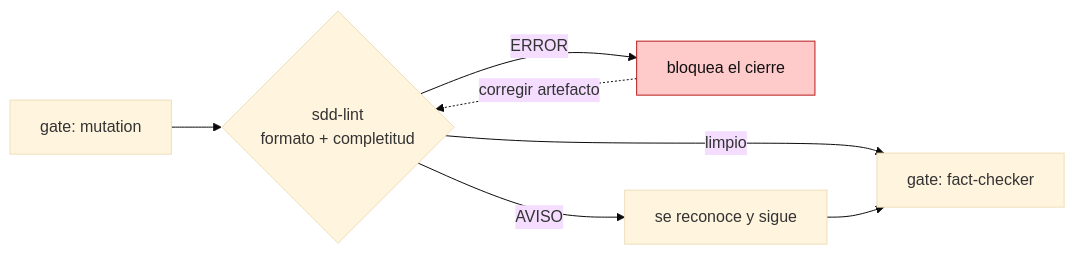
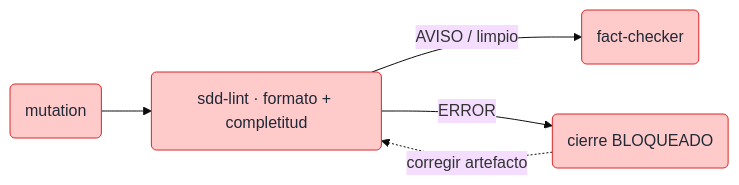
The second of 2 diagrams in website/features/sdd.md (drossan/claude-plugins), drawn with Mermaid (base theme) before and after one commit. The commit also changed other lines of this file and 6 other files, not shown here.

````diff
--- a/website/features/sdd.md
+++ b/website/features/sdd.md
@@ -49,12 +82,10 @@
 ```mermaid
 flowchart LR
-    M["gate: mutation"] --> SL{"sdd-lint<br/>formato + completitud"}
-    SL -->|"ERROR"| BLOCK["bloquea el cierre"]
-    SL -->|"AVISO"| ACK["se reconoce y sigue"]
-    SL -->|"limpio"| FC["gate: fact-checker"]
-    ACK --> FC
-    BLOCK -.->|"corregir artefacto"| SL
+    M("mutation"):::gate --> SL("sdd-lint · formato + completitud"):::gate
+    SL -->|"AVISO / limpio"| FC("fact-checker"):::gate
+    SL -->|"ERROR"| BLK("cierre BLOQUEADO"):::gate
+    BLK -.->|"corregir artefacto"| SL
 
-    classDef stop fill:#fecaca,stroke:#b91c1c,color:#111
-    class BLOCK stop
+    classDef gate   fill:#fecaca,stroke:#dc2626,color:#1f2937
+    classDef normal fill:#e2e8f0,stroke:#64748b,color:#1f2937
 ```
````
